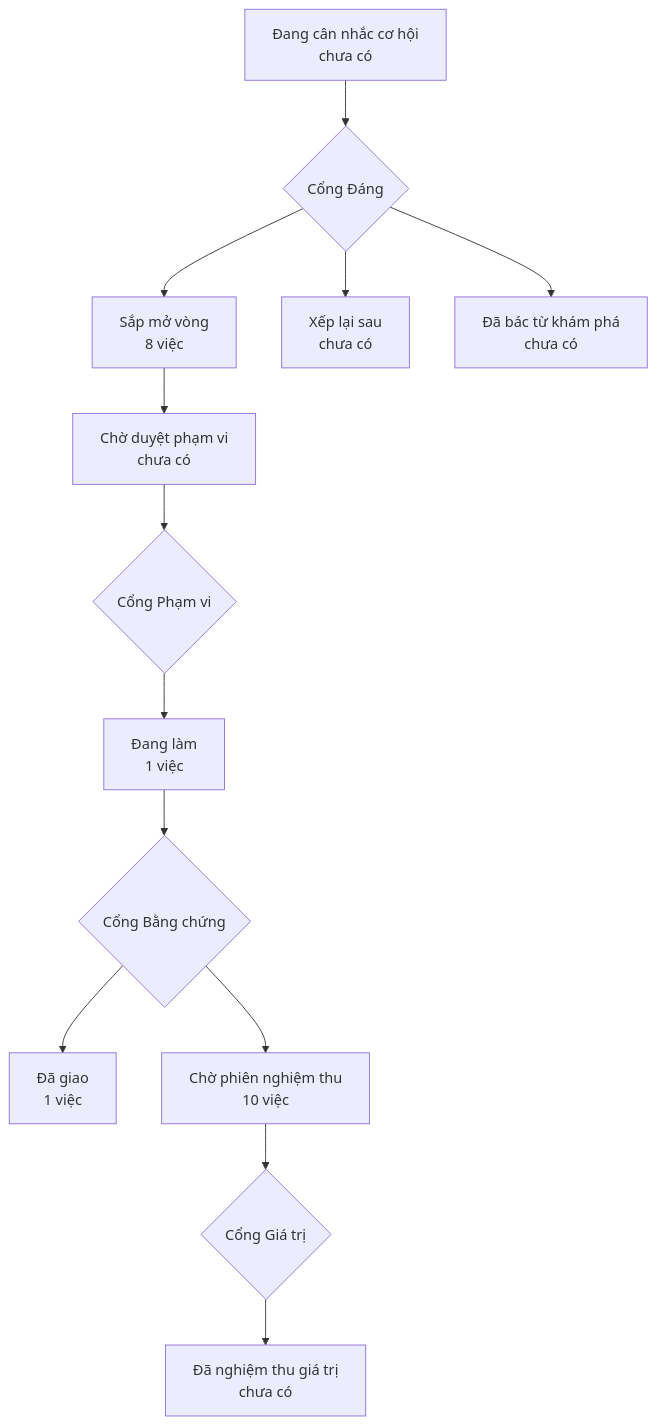
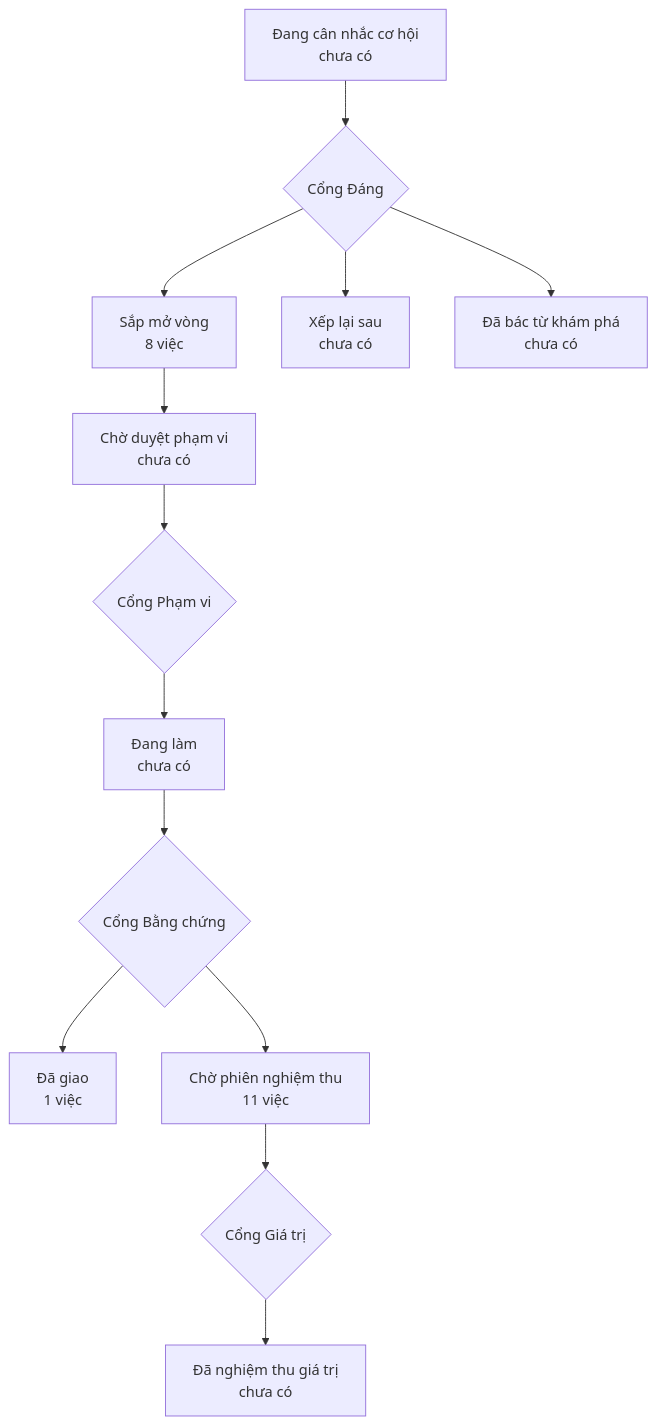
Before and after one commit to phanlemanh/onehub-inventory: the diagram in PRODUCT-MAP.md, drawn with Mermaid. The commit also changed other lines of this file and 4 other files, not shown here.

````diff
--- a/PRODUCT-MAP.md
+++ b/PRODUCT-MAP.md
@@ -7,12 +7,12 @@
 ```mermaid
 flowchart TD
   A["Đang cân nhắc cơ hội<br/>chưa có"] --> GD{"Cổng Đáng"}
   GD --> B["Sắp mở vòng<br/>8 việc"]
   GD --> XL["Xếp lại sau<br/>chưa có"]
   GD --> DB["Đã bác từ khám phá<br/>chưa có"]
   B --> CD["Chờ duyệt phạm vi<br/>chưa có"] --> GP{"Cổng Phạm vi"}
-  GP --> DL["Đang làm<br/>1 việc"] --> GB{"Cổng Bằng chứng"}
+  GP --> DL["Đang làm<br/>chưa có"] --> GB{"Cổng Bằng chứng"}
   GB --> DG["Đã giao<br/>1 việc"]
-  GB --> CN["Chờ phiên nghiệm thu<br/>10 việc"] --> GG{"Cổng Giá trị"}
+  GB --> CN["Chờ phiên nghiệm thu<br/>11 việc"] --> GG{"Cổng Giá trị"}
   GG --> NT["Đã nghiệm thu giá trị<br/>chưa có"]
 ```
````
